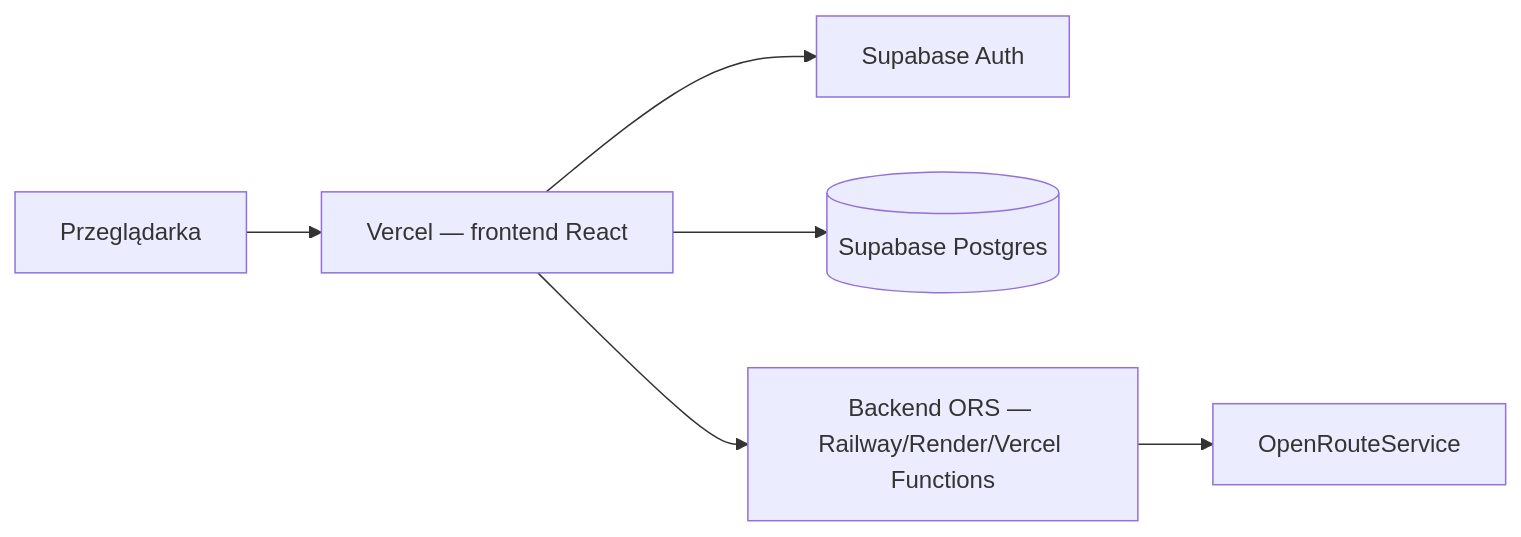
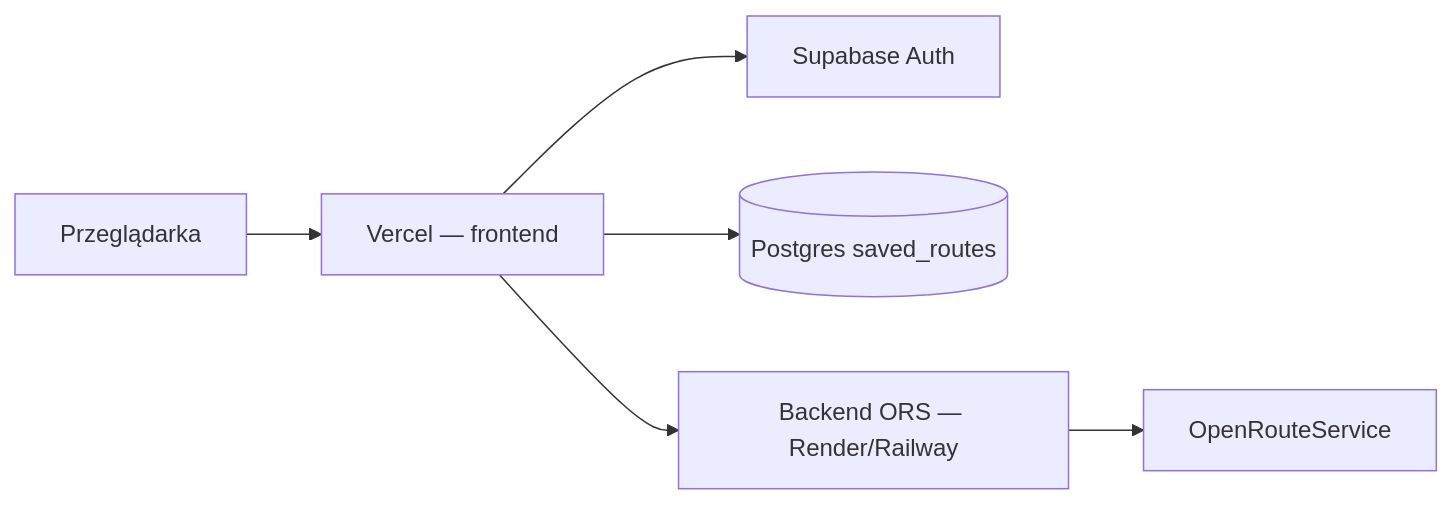
Before and after one commit to jkweg/CycleYourWay: the diagram in cycle-route-mvp/docs/SUPABASE_VERCEL.md, drawn with Mermaid. The commit also changed other lines of this file and 37 other files, not shown here.

````diff
--- a/cycle-route-mvp/docs/SUPABASE_VERCEL.md
+++ b/cycle-route-mvp/docs/SUPABASE_VERCEL.md
@@ -37,14 +5,15 @@
 ```mermaid
 flowchart LR
   User[Przeglądarka]
-  Vercel[Vercel — frontend React]
+  Vercel[Vercel — frontend]
   SupaAuth[Supabase Auth]
-  SupaDB[(Supabase Postgres)]
-  API[Backend ORS — Railway/Render/Vercel Functions]
+  SupaDB[(Postgres saved_routes)]
+  API[Backend ORS — Render/Railway]
+  ORS[OpenRouteService]
 
   User --> Vercel
   Vercel --> SupaAuth
   Vercel --> SupaDB
   Vercel --> API
-  API --> ORS[OpenRouteService]
+  API --> ORS
 ```
````
